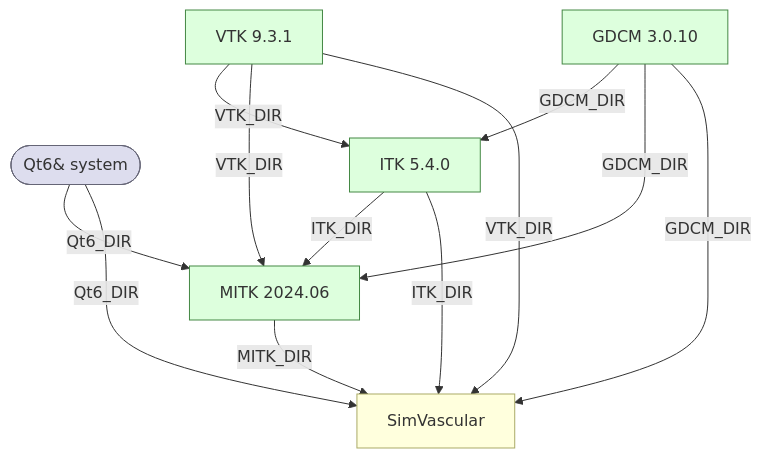
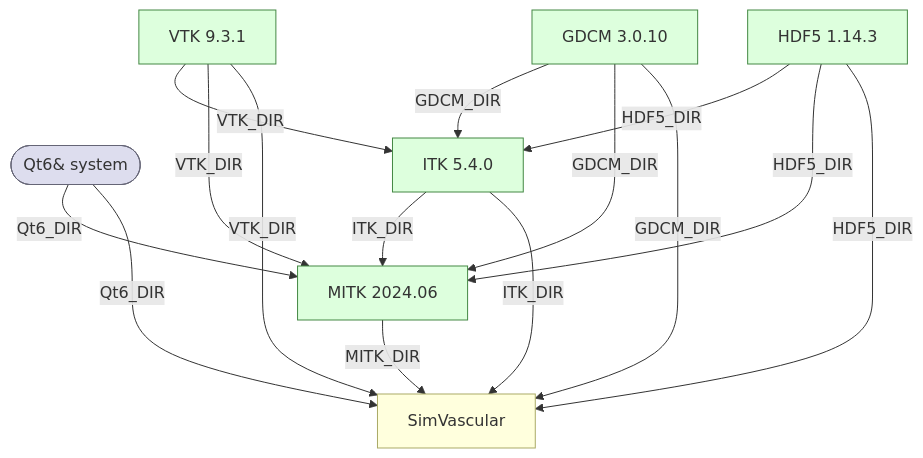
The diagram in Dependencies.md (SimVascular/SimVascularWIP), drawn with Mermaid before and after one commit. The commit also changed other lines of this file and 3 other files, not shown here.

````diff
--- a/Dependencies.md
+++ b/Dependencies.md
@@ -89,30 +104,35 @@
 ```mermaid
 graph TD
     Qt6([Qt6&#10;system]):::system
 
     VTK["VTK 9.3.1"]:::built
     GDCM["GDCM 3.0.10"]:::built
+    HDF5["HDF5 1.14.3"]:::built
     ITK["ITK 5.4.0"]:::built
     MITK["MITK 2024.06"]:::built
     SV["SimVascular"]:::project
 
     Qt6 -->|Qt6_DIR| MITK
     Qt6 -->|Qt6_DIR| SV
 
     VTK -->|VTK_DIR| ITK
     VTK -->|VTK_DIR| MITK
     VTK -->|VTK_DIR| SV
 
     GDCM -->|GDCM_DIR| ITK
     GDCM -->|GDCM_DIR| MITK
     GDCM -->|GDCM_DIR| SV
 
+    HDF5 -->|HDF5_DIR| ITK
+    HDF5 -->|HDF5_DIR| MITK
+    HDF5 -->|HDF5_DIR| SV
+
     ITK -->|ITK_DIR| MITK
     ITK -->|ITK_DIR| SV
 
     MITK -->|MITK_DIR| SV
 
     classDef system fill:#dde,stroke:#667
     classDef built  fill:#dfd,stroke:#484
     classDef project fill:#ffd,stroke:#aa6
 ```
````
